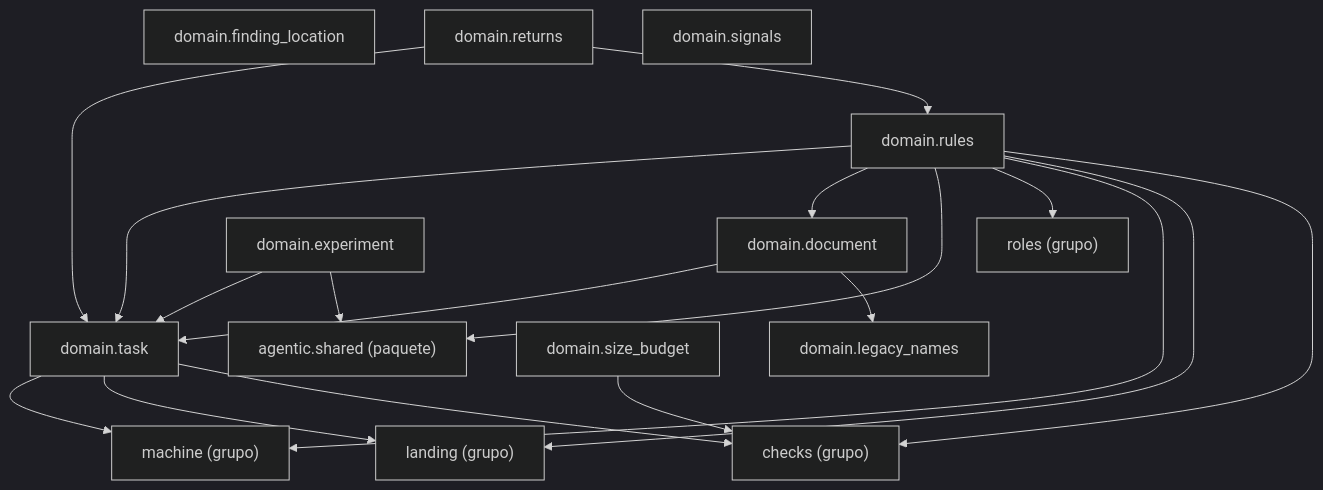
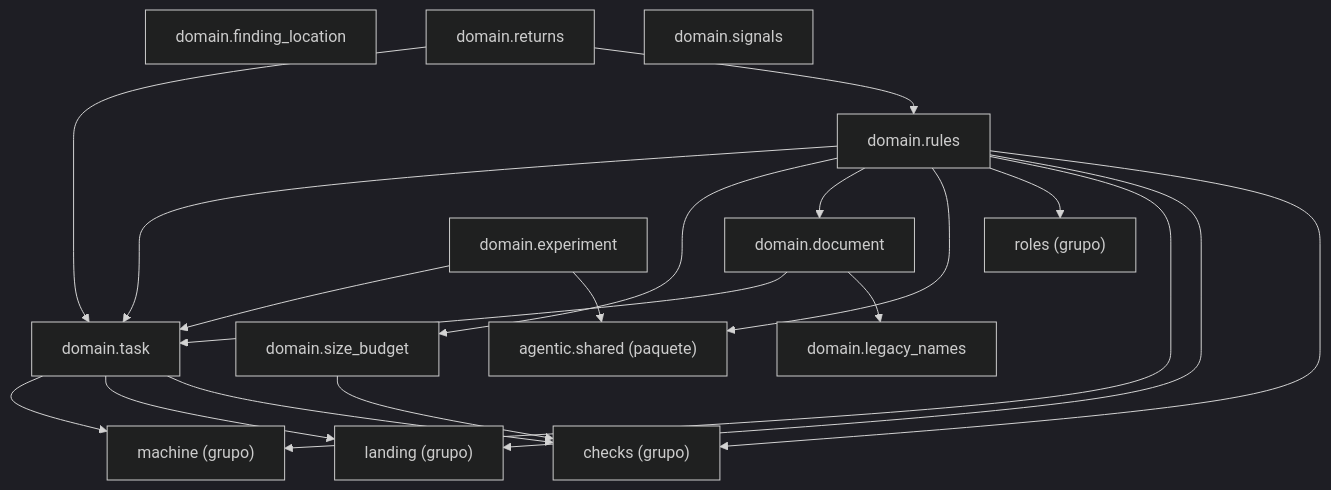
Before and after one commit to GonzaloZevallos/agentic-system: the diagram in docs/architecture/generated/packages-process-domain-state.md, drawn with Mermaid (dark theme). The commit also changed 3 other files, not shown here.

First line of the commit message:
Read the legacy file limit from size_budget and test the merged-upstream numstat case (GH-592)

````diff
--- a/docs/architecture/generated/packages-process-domain-state.md
+++ b/docs/architecture/generated/packages-process-domain-state.md
@@ -11,34 +11,35 @@
 ```mermaid
 graph TD
     g_domain__checks["checks (grupo)"]
     g_domain__landing["landing (grupo)"]
     g_domain__machine["machine (grupo)"]
     g_domain__roles["roles (grupo)"]
     g_pkg__agentic__shared["agentic.shared (paquete)"]
     m_domain__document["domain.document"]
     m_domain__experiment["domain.experiment"]
     m_domain__finding_location["domain.finding_location"]
     m_domain__legacy_names["domain.legacy_names"]
     m_domain__returns["domain.returns"]
     m_domain__rules["domain.rules"]
     m_domain__signals["domain.signals"]
     m_domain__size_budget["domain.size_budget"]
     m_domain__task["domain.task"]
     m_domain__document --> m_domain__legacy_names
     m_domain__document --> m_domain__task
     m_domain__experiment --> g_pkg__agentic__shared
     m_domain__experiment --> m_domain__task
     m_domain__returns --> m_domain__rules
     m_domain__returns --> m_domain__task
     m_domain__rules --> g_domain__checks
     m_domain__rules --> g_domain__landing
     m_domain__rules --> g_domain__machine
     m_domain__rules --> g_domain__roles
     m_domain__rules --> g_pkg__agentic__shared
     m_domain__rules --> m_domain__document
+    m_domain__rules --> m_domain__size_budget
     m_domain__rules --> m_domain__task
     m_domain__size_budget --> g_domain__checks
     m_domain__task --> g_domain__checks
     m_domain__task --> g_domain__landing
     m_domain__task --> g_domain__machine
 ```
````
